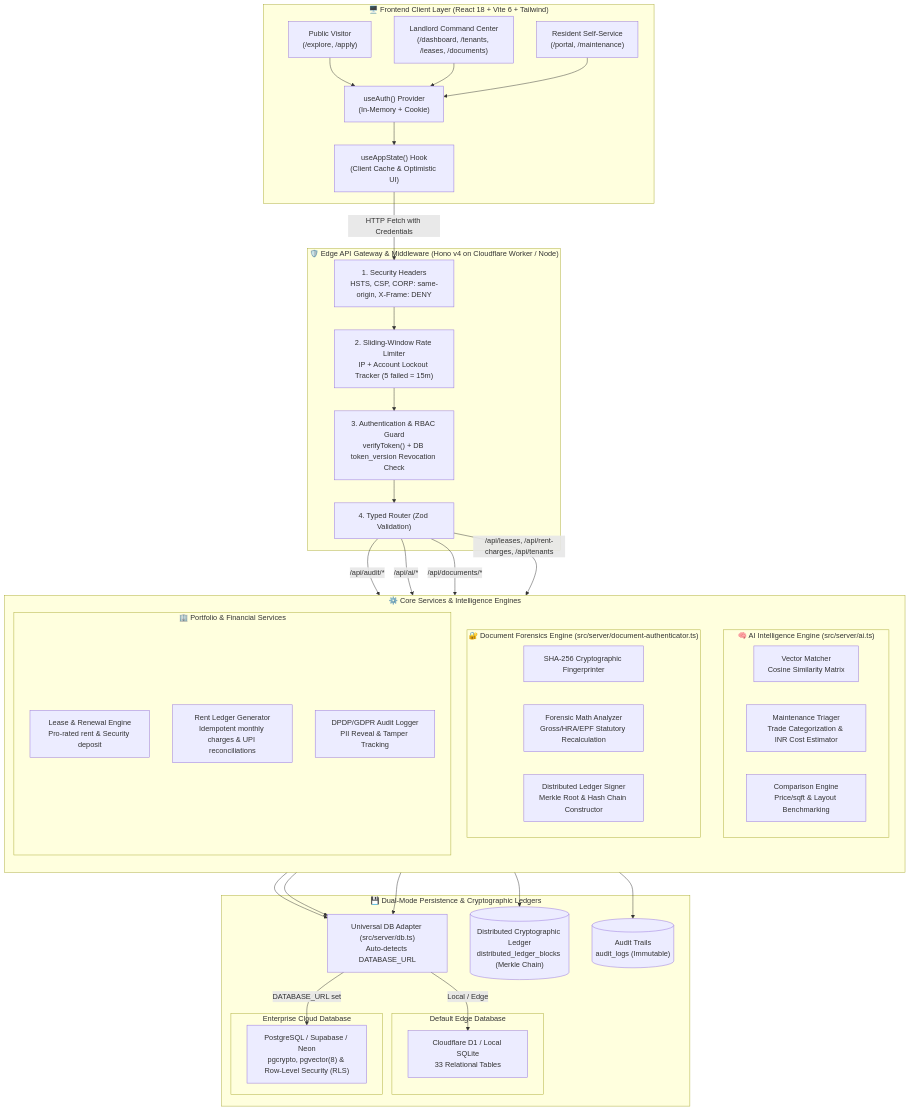
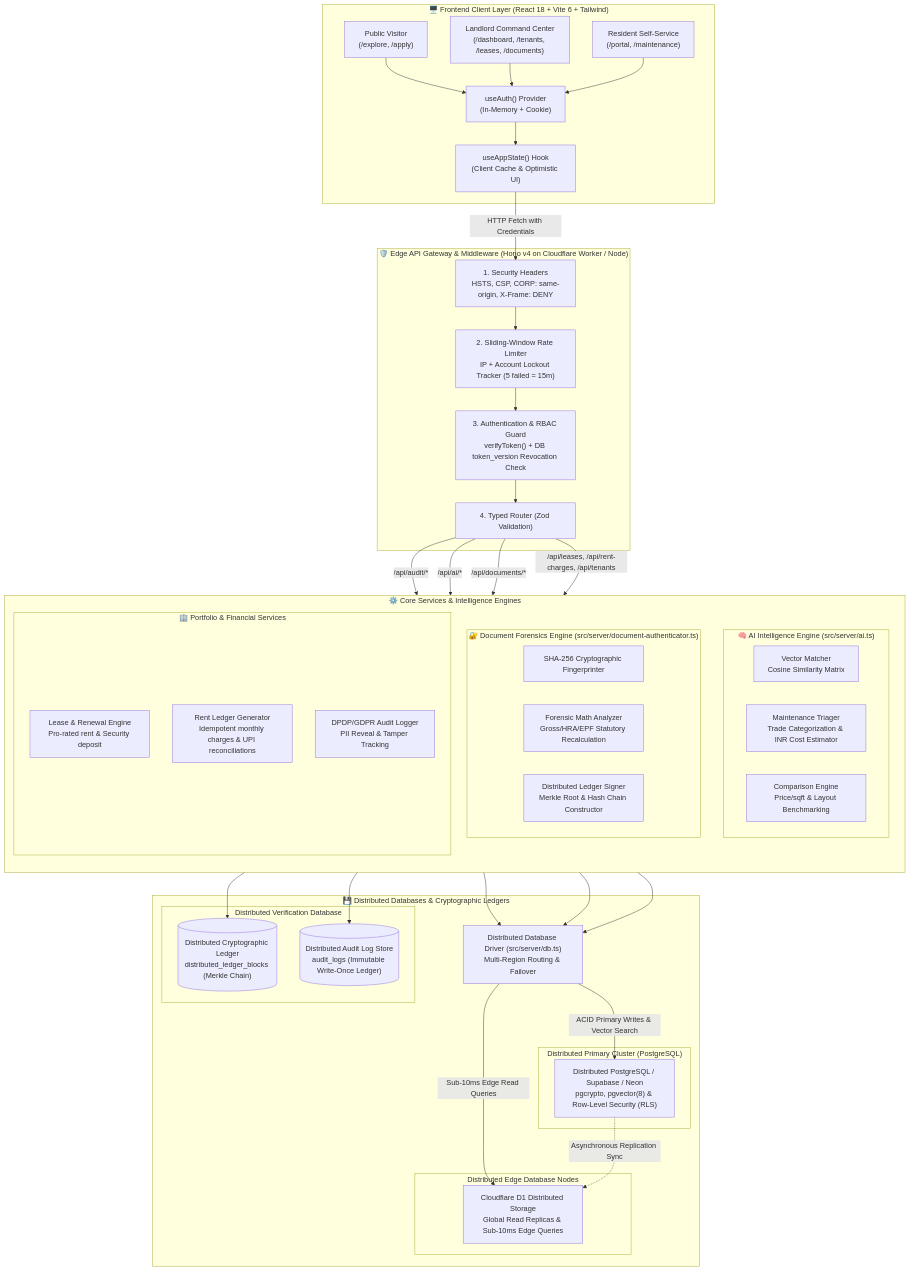
The diagram in README.md (rootnode-rebels/nestara-ai), drawn with Mermaid before and after one commit. The commit also changed other lines of this file, not shown here.

Commit message:
docs: articulate distributed databases topology across edge read replicas, postgres cluster, and cryptographic ledgers

```diff
--- a/README.md
+++ b/README.md
@@ -66,25 +66,28 @@
     Router -->|/api/leases, /api/rent-charges, /api/tenants| Core_Services
     Router -->|/api/audit/*| AuditLogger
 
-    %% DATA ADAPTER & STORAGE LAYER
-    subgraph StorageLayer["💾 Dual-Mode Persistence & Cryptographic Ledgers"]
-        DB_Adapter["Universal DB Adapter (src/server/db.ts)<br/>Auto-detects DATABASE_URL"]
+    %% DISTRIBUTED DATABASES LAYER
+    subgraph DistributedDatabases["💾 Distributed Databases & Cryptographic Ledgers"]
+        DB_Adapter["Distributed Database Driver (src/server/db.ts)<br/>Multi-Region Routing & Failover"]
         
-        subgraph EdgeDB["Default Edge Database"]
-            D1["Cloudflare D1 / Local SQLite<br/>33 Relational Tables"]
+        subgraph EdgeReplication["Distributed Edge Database Nodes"]
+            D1["Cloudflare D1 Distributed Storage<br/>Global Read Replicas & Sub-10ms Edge Queries"]
         end
 
-        subgraph EnterpriseDB["Enterprise Cloud Database"]
-            Postgres["PostgreSQL / Supabase / Neon<br/>pgcrypto, pgvector(8) & Row-Level Security (RLS)"]
+        subgraph EnterpriseCluster["Distributed Primary Cluster (PostgreSQL)"]
+            Postgres["Distributed PostgreSQL / Supabase / Neon<br/>pgcrypto, pgvector(8) & Row-Level Security (RLS)"]
         end
 
-        LedgerTable[("Distributed Cryptographic Ledger<br/>distributed_ledger_blocks (Merkle Chain)")]
-        AuditTable[("Audit Trails<br/>audit_logs (Immutable)")]
+        subgraph LedgerStorage["Distributed Verification Database"]
+            LedgerTable[("Distributed Cryptographic Ledger<br/>distributed_ledger_blocks (Merkle Chain)")]
+            AuditTable[("Distributed Audit Log Store<br/>audit_logs (Immutable Write-Once Ledger)")]
+        end
 
-        DB_Adapter -->|Local / Edge| D1
-        DB_Adapter -->|DATABASE_URL set| Postgres
+        DB_Adapter -->|Sub-10ms Edge Read Queries| D1
+        DB_Adapter -->|ACID Primary Writes & Vector Search| Postgres
         Doc_Engine --> LedgerTable
         AuditLogger --> AuditTable
+        Postgres -.->|Asynchronous Replication Sync| D1
     end
 
     AI_Engine --> DB_Adapter
```
